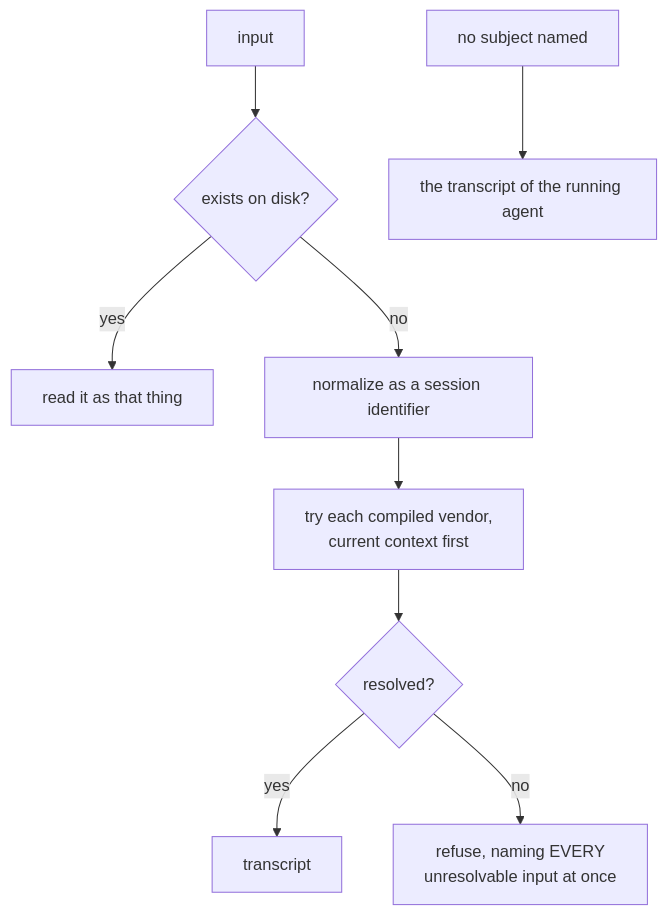
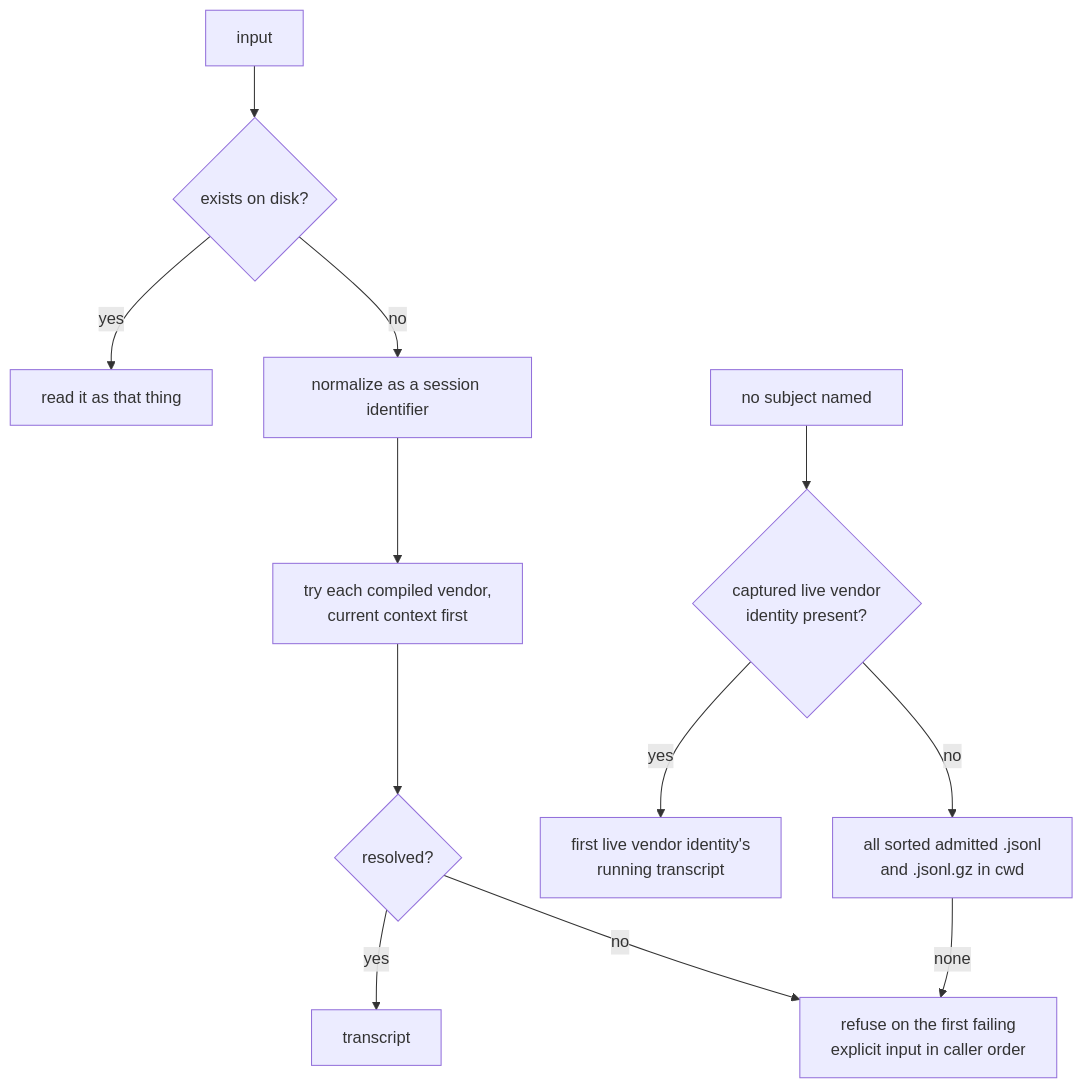
Before and after one commit to infimalabs/spice-rust: the seventh of 11 diagrams in docs/product/planes/session.md, drawn with Mermaid. The commit also changed other lines of this file and 120 other files, not shown here.

````diff
--- a/docs/product/planes/session.md
+++ b/docs/product/planes/session.md
@@ -251,11 +274,14 @@
 ```mermaid
 flowchart TD
   I["input"] --> E{"exists on disk?"}
   E -- yes --> P["read it as that thing"]
   E -- no --> N["normalize as a session identifier"]
   N --> F["try each compiled vendor,<br/>current context first"]
   F --> R{"resolved?"}
   R -- yes --> T["transcript"]
-  R -- no --> X["refuse, naming EVERY<br/>unresolvable input at once"]
-  Z["no subject named"] --> S["the transcript of the running agent"]
+  R -- no --> X["refuse on the first failing<br/>explicit input in caller order"]
+  Z["no subject named"] --> A{"captured live vendor<br/>identity present?"}
+  A -- yes --> S["first live vendor identity's<br/>running transcript"]
+  A -- no --> C["all sorted admitted .jsonl<br/>and .jsonl.gz in cwd"]
+  C -- none --> X
 ```
````
